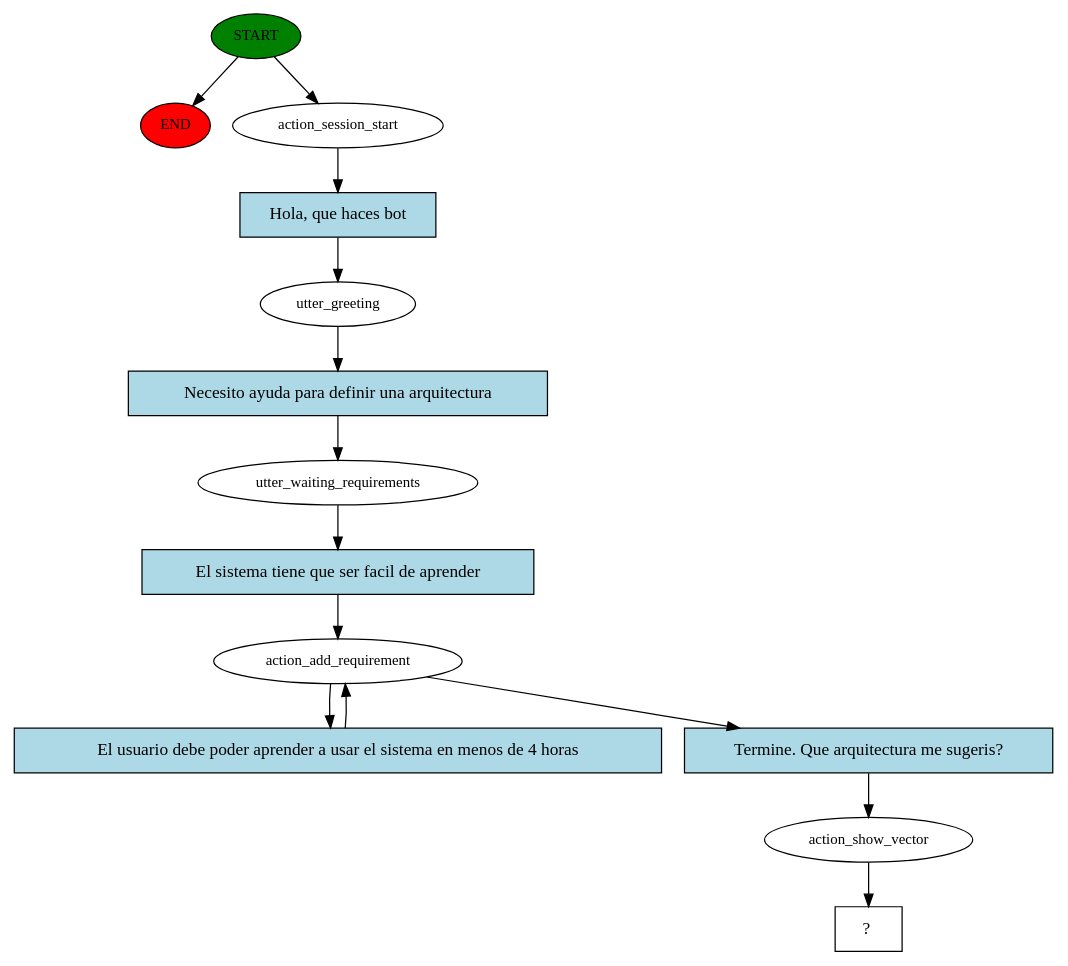
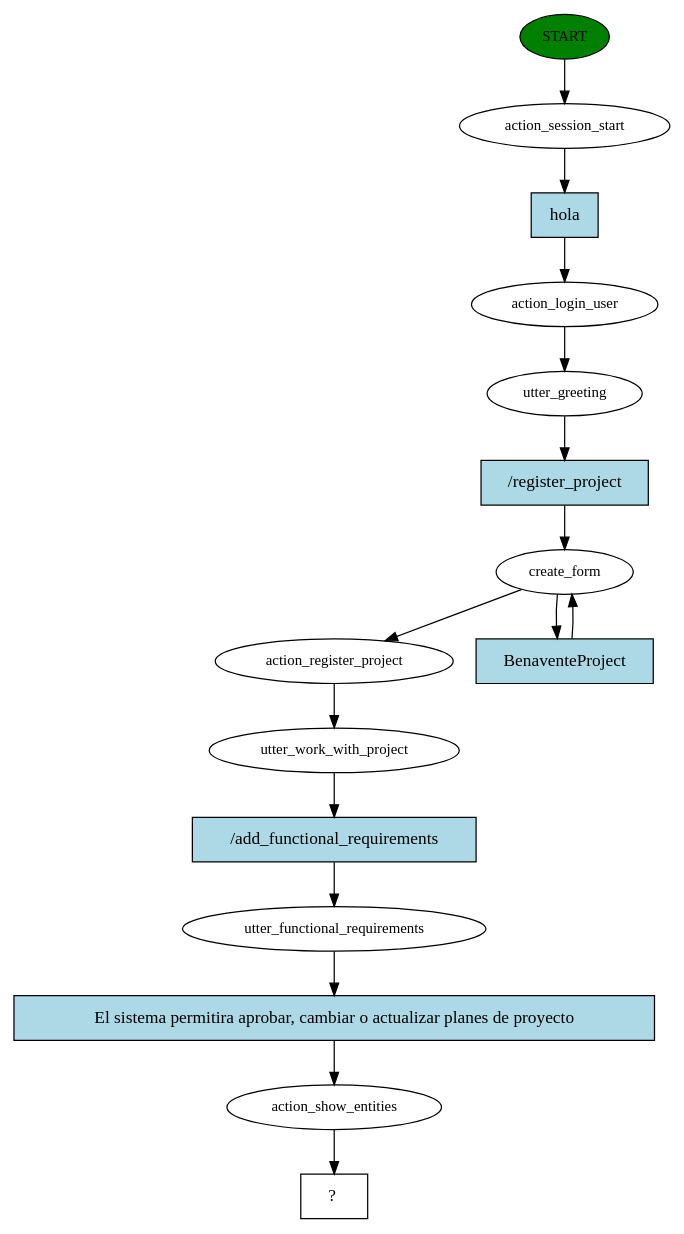
Before and after one commit to joacosaralegui/ArchitectureChatbot: the diagram in chatbot/story_graph.dot, drawn with Graphviz. The commit also changed 4 other files, not shown here.

```diff
--- a/chatbot/story_graph.dot
+++ b/chatbot/story_graph.dot
@@ -1,28 +1,32 @@
 digraph  {
 0 [class="start active", fillcolor=green, fontsize=12, label=START, style=filled];
-"-1" [class=end, fillcolor=red, fontsize=12, label=END, style=filled];
 1 [class=active, fontsize=12, label=action_session_start];
-2 [class=active, fontsize=12, label=utter_greeting];
-3 [class=active, fontsize=12, label=utter_waiting_requirements];
-4 [class=active, fontsize=12, label=action_add_requirement];
-7 [class=active, fontsize=12, label=action_show_vector];
-8 [class="intent dashed active", label="  ?  ", shape=rect];
-9 [class="intent active", fillcolor=lightblue, label="Hola, que haces bot", shape=rect, style=filled];
-10 [class="intent active", fillcolor=lightblue, label="Necesito ayuda para definir una arquitectura", shape=rect, style=filled];
-11 [class="intent active", fillcolor=lightblue, label="El sistema tiene que ser facil de aprender", shape=rect, style=filled];
-12 [class="intent active", fillcolor=lightblue, label="El usuario debe poder aprender a usar el sistema en menos de 4 horas", shape=rect, style=filled];
-13 [class="intent active", fillcolor=lightblue, label="Termine. Que arquitectura me sugeris?", shape=rect, style=filled];
-0 -> "-1"  [class="", key=NONE, label=""];
+2 [class=active, fontsize=12, label=action_login_user];
+3 [class=active, fontsize=12, label=utter_greeting];
+4 [class=active, fontsize=12, label=create_form];
+6 [class=active, fontsize=12, label=action_register_project];
+7 [class=active, fontsize=12, label=utter_work_with_project];
+8 [class=active, fontsize=12, label=utter_functional_requirements];
+9 [class=active, fontsize=12, label=action_show_entities];
+10 [class="intent dashed active", label="  ?  ", shape=rect];
+11 [class="intent active", fillcolor=lightblue, label=hola, shape=rect, style=filled];
+12 [class="intent active", fillcolor=lightblue, label="/register_project", shape=rect, style=filled];
+13 [class="intent active", fillcolor=lightblue, label="BenaventeProject", shape=rect, style=filled];
+14 [class="intent active", fillcolor=lightblue, label="/add_functional_requirements", shape=rect, style=filled];
+15 [class="intent active", fillcolor=lightblue, label="El sistema permitira aprobar, cambiar o actualizar planes de proyecto", shape=rect, style=filled];
 0 -> 1  [class=active, key=NONE, label=""];
-1 -> 9  [class=active, key=0];
-2 -> 10  [class=active, key=0];
-3 -> 11  [class=active, key=0];
-4 -> 12  [class=active, key=0];
+1 -> 11  [class=active, key=0];
+2 -> 3  [class=active, key=NONE, label=""];
+3 -> 12  [class=active, key=0];
+4 -> 6  [class=active, key=NONE, label=""];
 4 -> 13  [class=active, key=0];
-7 -> 8  [class=active, key=NONE, label=""];
-9 -> 2  [class=active, key=0];
-10 -> 3  [class=active, key=0];
-11 -> 4  [class=active, key=0];
+6 -> 7  [class=active, key=NONE, label=""];
+7 -> 14  [class=active, key=0];
+8 -> 15  [class=active, key=0];
+9 -> 10  [class=active, key=NONE, label=""];
+11 -> 2  [class=active, key=0];
 12 -> 4  [class=active, key=0];
-13 -> 7  [class=active, key=0];
+13 -> 4  [class=active, key=0];
+14 -> 8  [class=active, key=0];
+15 -> 9  [class=active, key=0];
 }
```
